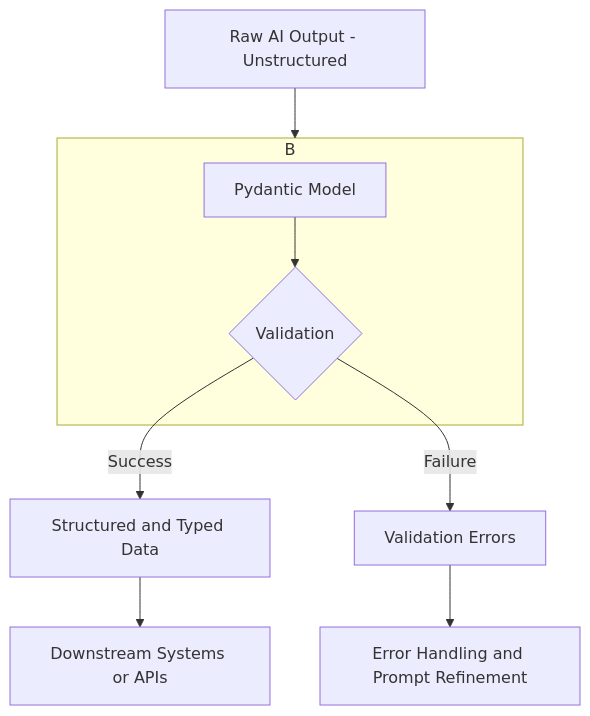
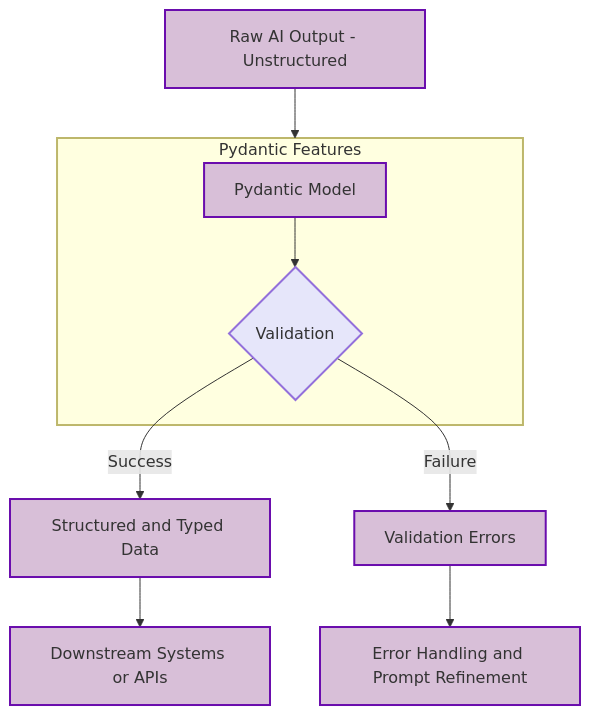
The diagram in lessons/05_structured_outputs/article.md (towardsai/agentic-ai-engineering-course), drawn with Mermaid before and after one commit. The commit also changed other lines of this file and 2 other files, not shown here.

````diff
--- a/lessons/05_structured_outputs/article.md
+++ b/lessons/05_structured_outputs/article.md
@@ -24,11 +27,20 @@
 ```mermaid
-flowchart TD
+graph TD
     A[Raw AI Output - Unstructured] --> B{Pydantic Features};
-    subgraph B
+    subgraph B[Pydantic Features]
         C[Pydantic Model] --> D{Validation};
     end
     D -- Success --> E[Structured and Typed Data];
     D -- Failure --> F[Validation Errors];
     E --> G[Downstream Systems or APIs];
     F --> H[Error Handling and Prompt Refinement];
+
+    style A fill:#D8BFD8,stroke:#6A0DAD,stroke-width:2px
+    style B fill:#FFFFE0,stroke:#BDB76B,stroke-width:2px
+    style C fill:#D8BFD8,stroke:#6A0DAD,stroke-width:2px
+    style D fill:#E6E6FA,stroke:#9370DB,stroke-width:2px
+    style E fill:#D8BFD8,stroke:#6A0DAD,stroke-width:2px
+    style F fill:#D8BFD8,stroke:#6A0DAD,stroke-width:2px
+    style G fill:#D8BFD8,stroke:#6A0DAD,stroke-width:2px
+    style H fill:#D8BFD8,stroke:#6A0DAD,stroke-width:2px
 ```
````
